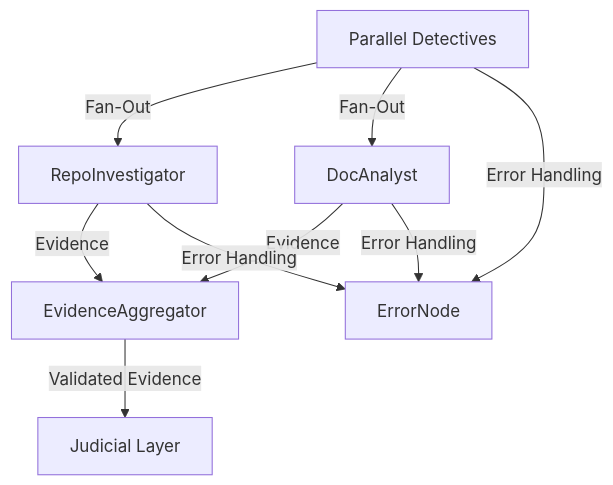
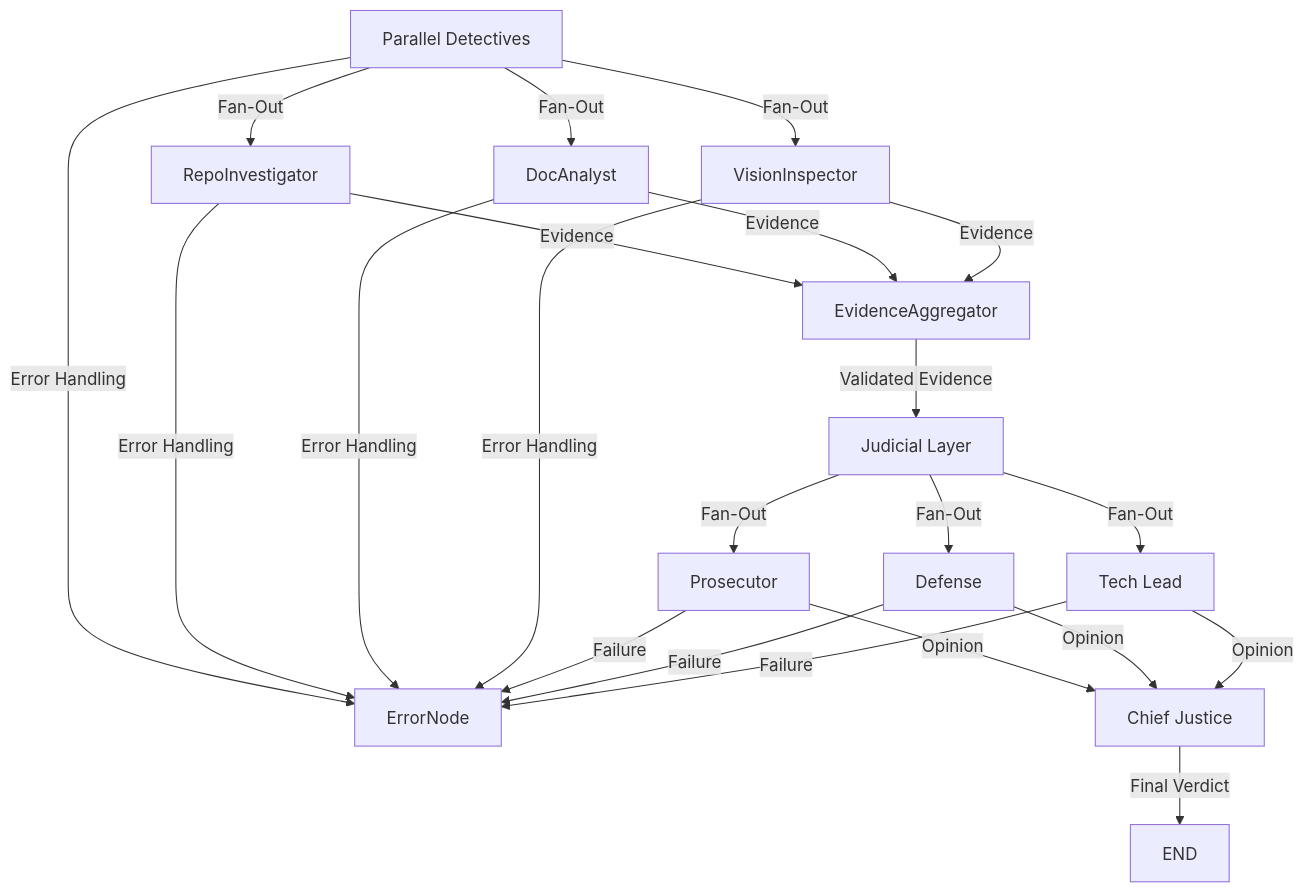
One commit to Azazh/the-automaton-auditor changed the diagram in reports/interim_report.md. Above: the diagram before and after it, drawn with Mermaid. The commit also changed other lines of this file and 9 other files, not shown here.

````diff
--- a/reports/interim_report.md
+++ b/reports/interim_report.md
@@ -59,11 +59,25 @@
 ```mermaid
 graph TD
     A[Parallel Detectives] -->|Fan-Out| B[RepoInvestigator]
     A -->|Fan-Out| C[DocAnalyst]
+    A -->|Fan-Out| G[VisionInspector]
     B -->|Evidence| D[EvidenceAggregator]
     C -->|Evidence| D
+    G -->|Evidence| D
     D -->|Validated Evidence| E[Judicial Layer]
     A -->|Error Handling| F[ErrorNode]
     B -->|Error Handling| F
     C -->|Error Handling| F
+    G -->|Error Handling| F
+    %% Judicial Layer Parallelism
+    E -->|Fan-Out| J[Prosecutor]
+    E -->|Fan-Out| K[Defense]
+    E -->|Fan-Out| L[Tech Lead]
+    J -->|Opinion| M[Chief Justice]
+    K -->|Opinion| M
+    L -->|Opinion| M
+    M -->|Final Verdict| N[END]
+    J -->|Failure| F
+    K -->|Failure| F
+    L -->|Failure| F
 ```
````
